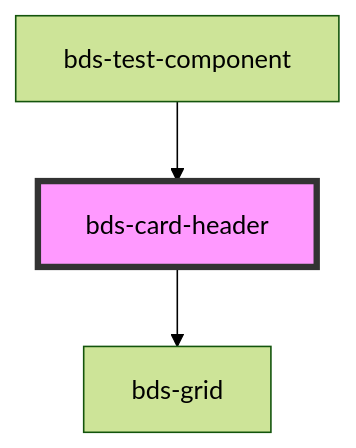
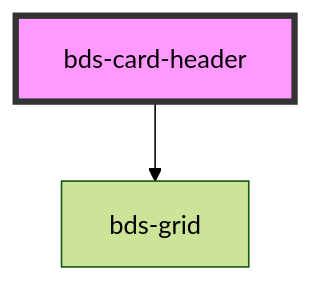
One commit to takenet/blip-ds changed the diagram in src/components/card/card-header/readme.md. Above: the diagram before and after it, drawn with Mermaid (forest theme). The commit also changed other lines of this file and 15 other files, not shown here.

````diff
--- a/src/components/card/card-header/readme.md
+++ b/src/components/card/card-header/readme.md
@@ -26,6 +22,5 @@
 ```mermaid
 graph TD;
   bds-card-header --> bds-grid
-  bds-test-component --> bds-card-header
   style bds-card-header fill:#f9f,stroke:#333,stroke-width:4px
 ```
````
